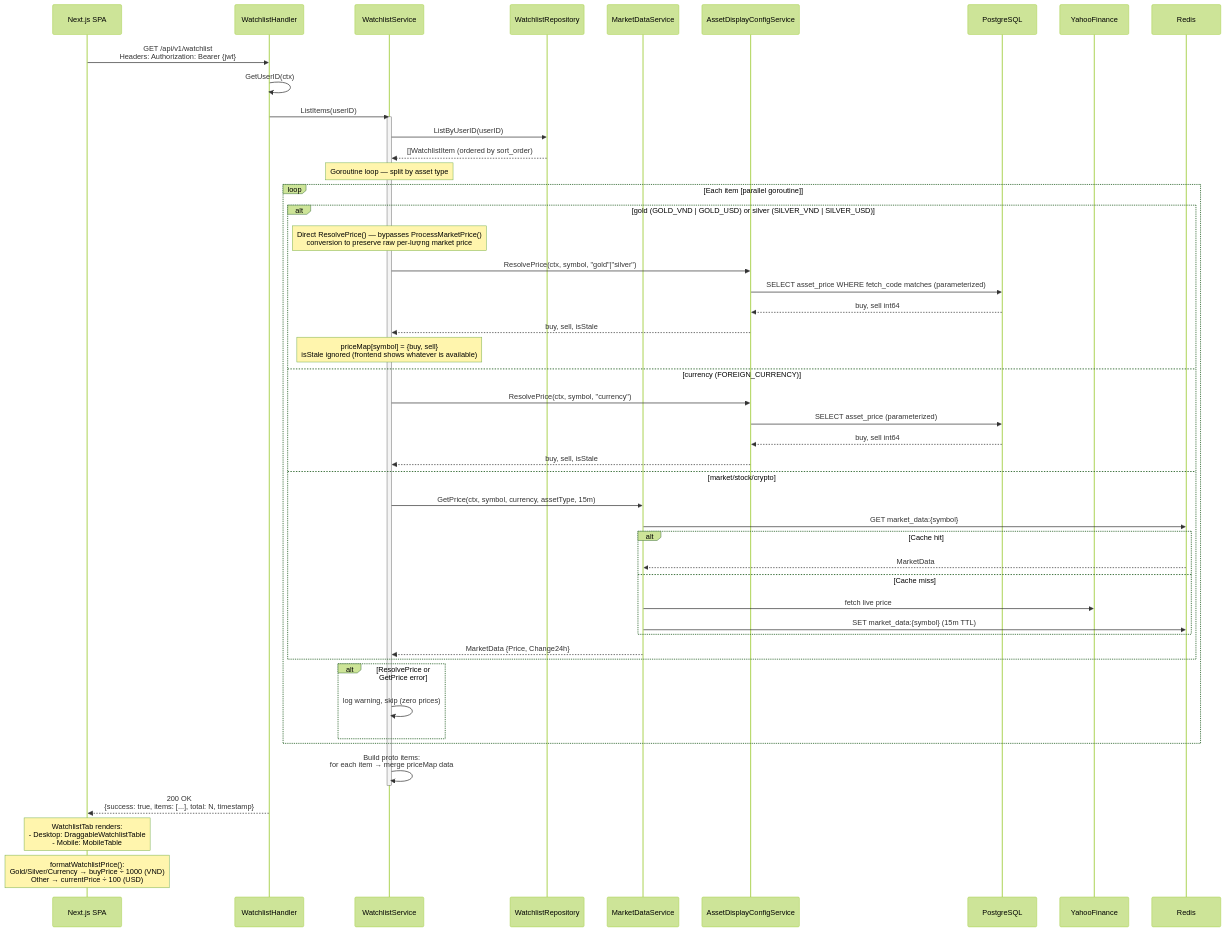
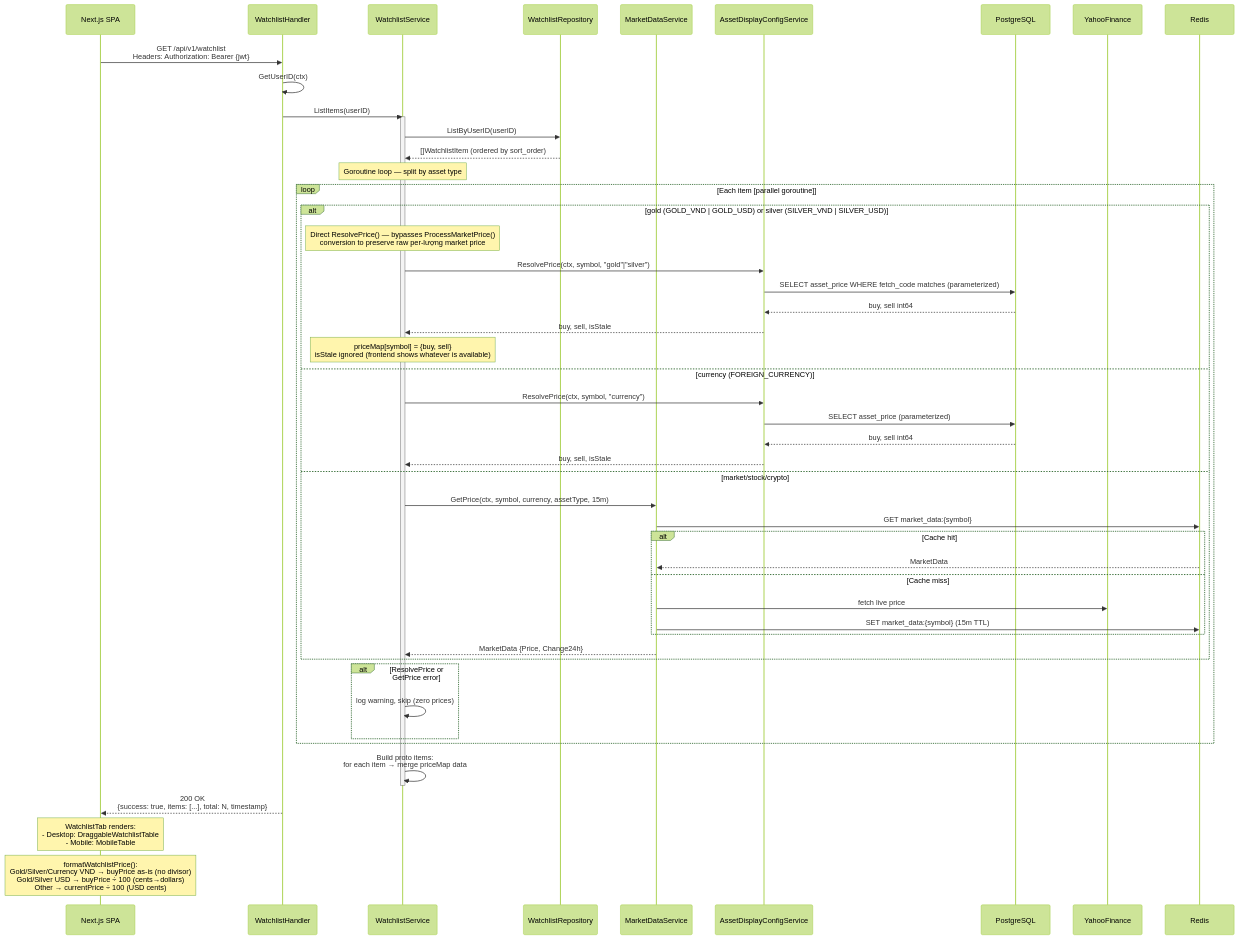
Before and after one commit to khanhnq1406/wealth-journey: the second of 6 diagrams in docs/architecture/flow-watchlist.md, drawn with Mermaid (forest theme). The commit also changed 3 other files, not shown here.

First line of the commit message:
fix(watchlist): remove incorrect ÷1000 divisor for gold/silver VND prices

````diff
--- a/docs/architecture/flow-watchlist.md
+++ b/docs/architecture/flow-watchlist.md
@@ -78,57 +78,57 @@
 ```mermaid
 sequenceDiagram
     participant SPA as Next.js SPA
     participant H as WatchlistHandler
     participant WS as WatchlistService
     participant WR as WatchlistRepository
     participant MDS as MarketDataService
     participant ADCS as AssetDisplayConfigService
     participant DB as PostgreSQL
     participant YF as YahooFinance
     participant R as Redis
 
     SPA->>H: GET /api/v1/watchlist<br/>Headers: Authorization: Bearer {jwt}
     H->>H: GetUserID(ctx)
     H->>WS: ListItems(userID)
 
     activate WS
     WS->>WR: ListByUserID(userID)
     WR-->>WS: []WatchlistItem (ordered by sort_order)
 
     Note over WS: Goroutine loop — split by asset type
     loop Each item [parallel goroutine]
         alt gold (GOLD_VND | GOLD_USD) or silver (SILVER_VND | SILVER_USD)
             Note over WS: Direct ResolvePrice() — bypasses ProcessMarketPrice()<br/>conversion to preserve raw per-lượng market price
             WS->>ADCS: ResolvePrice(ctx, symbol, "gold"|"silver")
             ADCS->>DB: SELECT asset_price WHERE fetch_code matches (parameterized)
             DB-->>ADCS: buy, sell int64
             ADCS-->>WS: buy, sell, isStale
             Note over WS: priceMap[symbol] = {buy, sell}<br/>isStale ignored (frontend shows whatever is available)
         else currency (FOREIGN_CURRENCY)
             WS->>ADCS: ResolvePrice(ctx, symbol, "currency")
             ADCS->>DB: SELECT asset_price (parameterized)
             DB-->>ADCS: buy, sell int64
             ADCS-->>WS: buy, sell, isStale
         else market/stock/crypto
             WS->>MDS: GetPrice(ctx, symbol, currency, assetType, 15m)
             MDS->>R: GET market_data:{symbol}
             alt Cache hit
                 R-->>MDS: MarketData
             else Cache miss
                 MDS->>YF: fetch live price
                 MDS->>R: SET market_data:{symbol} (15m TTL)
             end
             MDS-->>WS: MarketData {Price, Change24h}
         end
         alt ResolvePrice or GetPrice error
             WS->>WS: log warning, skip (zero prices)
         end
     end
 
     WS->>WS: Build proto items:<br/>for each item → merge priceMap data
     deactivate WS
 
     H-->>SPA: 200 OK<br/>{success: true, items: [...], total: N, timestamp}
     Note over SPA: WatchlistTab renders:<br/>- Desktop: DraggableWatchlistTable<br/>- Mobile: MobileTable
-    Note over SPA: formatWatchlistPrice():<br/>Gold/Silver/Currency → buyPrice ÷ 1000 (VND)<br/>Other → currentPrice ÷ 100 (USD)
+    Note over SPA: formatWatchlistPrice():<br/>Gold/Silver/Currency VND → buyPrice as-is (no divisor)<br/>Gold/Silver USD → buyPrice ÷ 100 (cents→dollars)<br/>Other → currentPrice ÷ 100 (USD cents)
 ```
````
